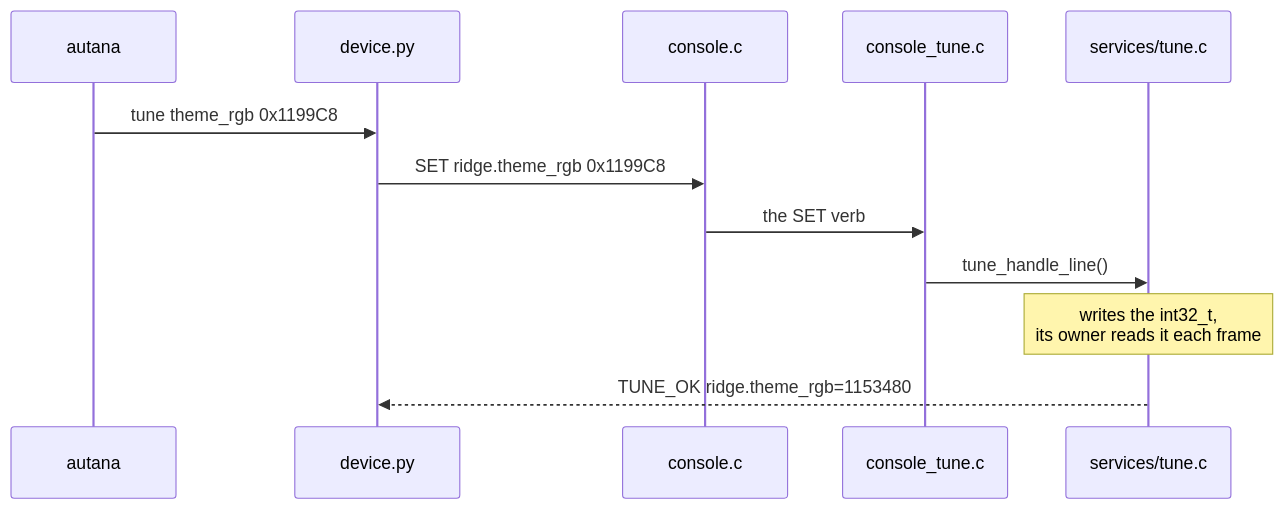
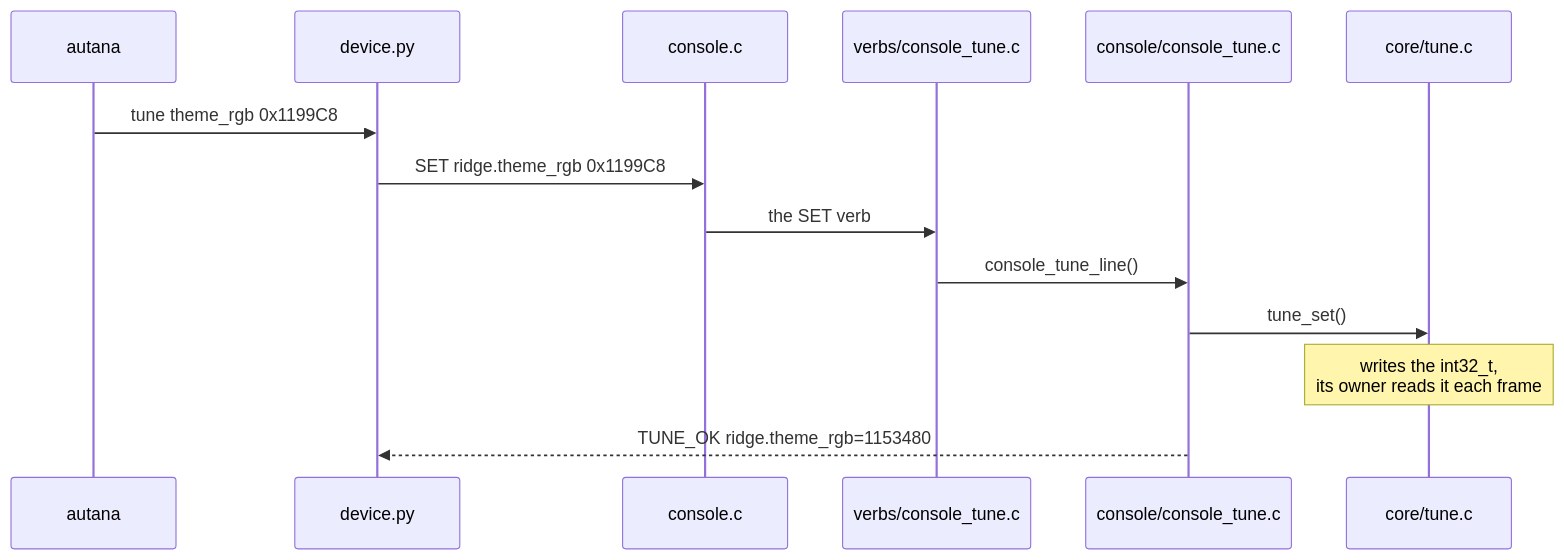
One commit to jose-villegas/autana changed the diagram in docs/cli/Live-Tuning.md. Above: the diagram before and after it, drawn with Mermaid. The commit also changed other lines of this file and 64 other files, not shown here.

First line of the commit message:
core: tune moves down from services; its console lines move to console (autana-le53w)

````diff
--- a/docs/cli/Live-Tuning.md
+++ b/docs/cli/Live-Tuning.md
@@ -64,14 +64,16 @@
 ```mermaid
 sequenceDiagram
     participant T as autana
     participant D as device.py
     participant C as console.c
-    participant S as console_tune.c
-    participant R as services/tune.c
+    participant S as verbs/console_tune.c
+    participant P as console/console_tune.c
+    participant R as core/tune.c
     T->>D: tune theme_rgb 0x1199C8
     D->>C: SET ridge.theme_rgb 0x1199C8
     C->>S: the SET verb
-    S->>R: tune_handle_line()
+    S->>P: console_tune_line()
+    P->>R: tune_set()
     Note over R: writes the int32_t,<br/>its owner reads it each frame
-    R-->>D: TUNE_OK ridge.theme_rgb=1153480
+    P-->>D: TUNE_OK ridge.theme_rgb=1153480
 ```
````
